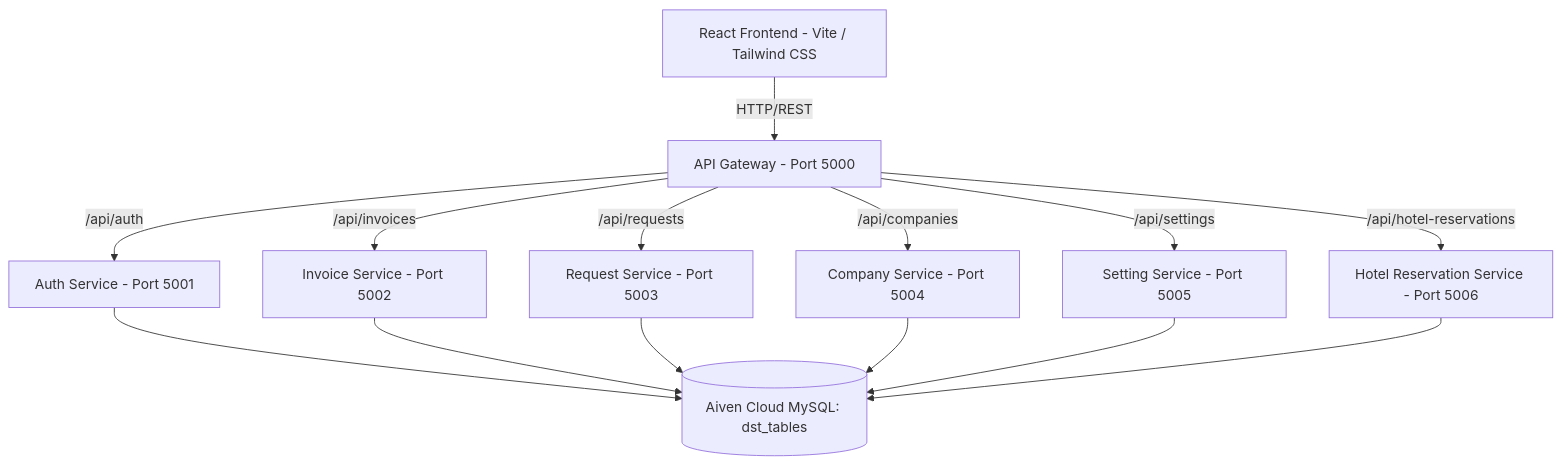
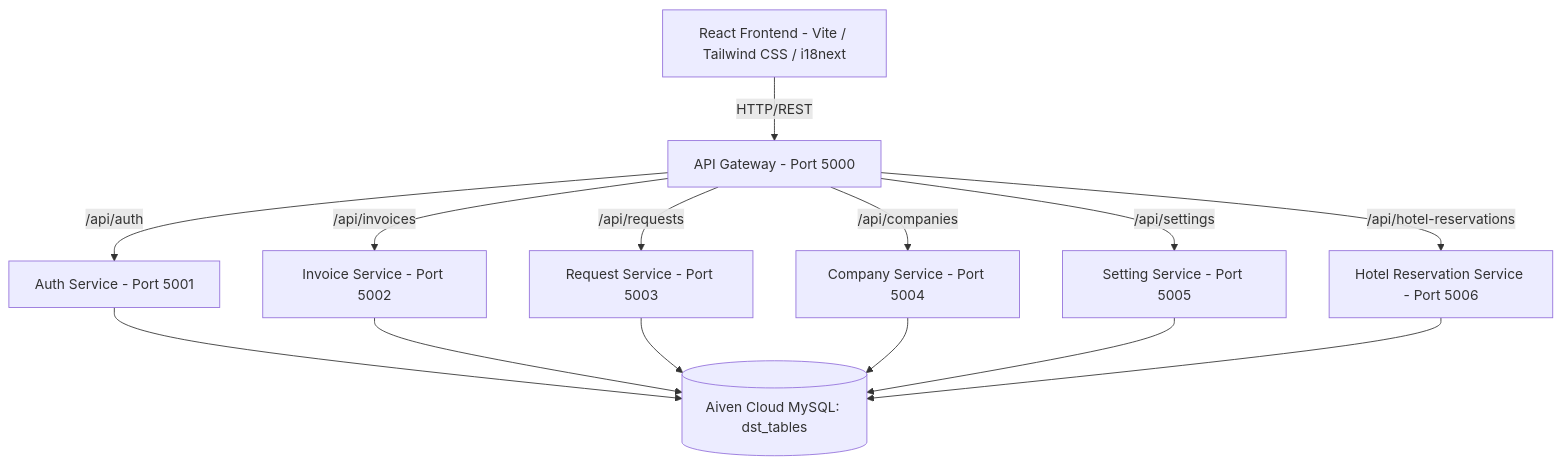
One commit to dimasalvarizk/finance-system changed the first of 2 diagrams in README.md. Above: the diagram before and after it, drawn with Mermaid. The commit also changed other lines of this file and 39 other files, not shown here.

Commit message:
feat(settings): complete Indonesian localization across Settings, modals, and tables; implement confirmation email flow

````diff
--- a/README.md
+++ b/README.md
@@ -13,18 +13,18 @@
 ```mermaid
 graph TD
-    Client[React Frontend - Vite / Tailwind CSS] -->|HTTP/REST| Gateway[API Gateway - Port 5000]
+    Client[React Frontend - Vite / Tailwind CSS / i18next] -->|HTTP/REST| Gateway[API Gateway - Port 5000]
     
     Gateway -->|/api/auth| AuthService[Auth Service - Port 5001]
     Gateway -->|/api/invoices| InvoiceService[Invoice Service - Port 5002]
     Gateway -->|/api/requests| RequestService[Request Service - Port 5003]
     Gateway -->|/api/companies| CompanyService[Company Service - Port 5004]
     Gateway -->|/api/settings| SettingService[Setting Service - Port 5005]
     Gateway -->|/api/hotel-reservations| HotelService[Hotel Reservation Service - Port 5006]
 
     AuthService --> Database[(Aiven Cloud MySQL: dst_tables)]
     InvoiceService --> Database
     RequestService --> Database
     CompanyService --> Database
     SettingService --> Database
     HotelService --> Database
 ```
````
